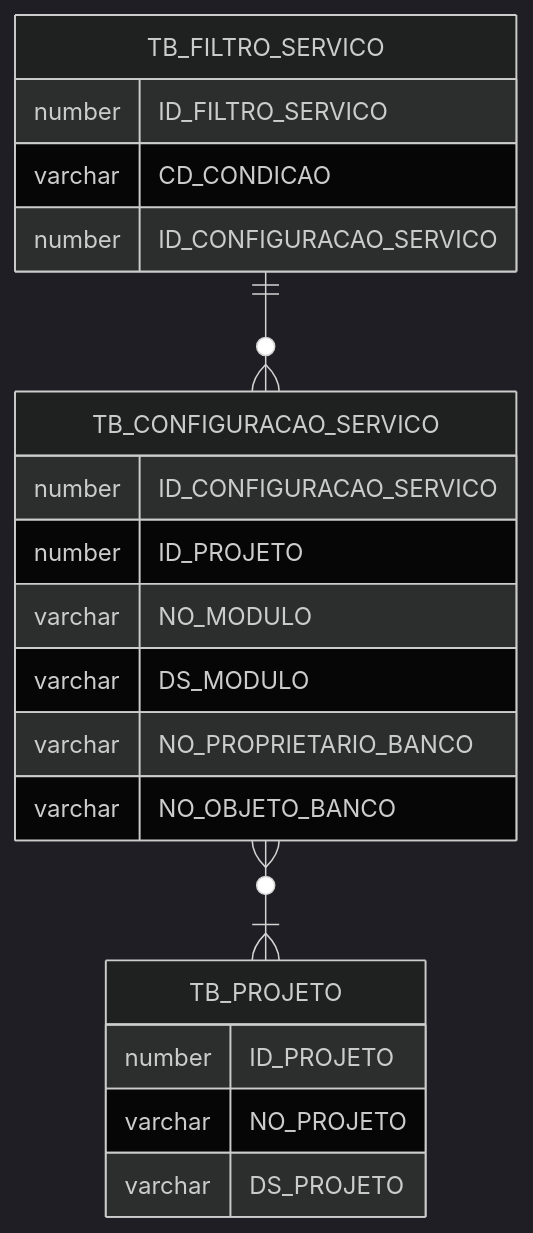
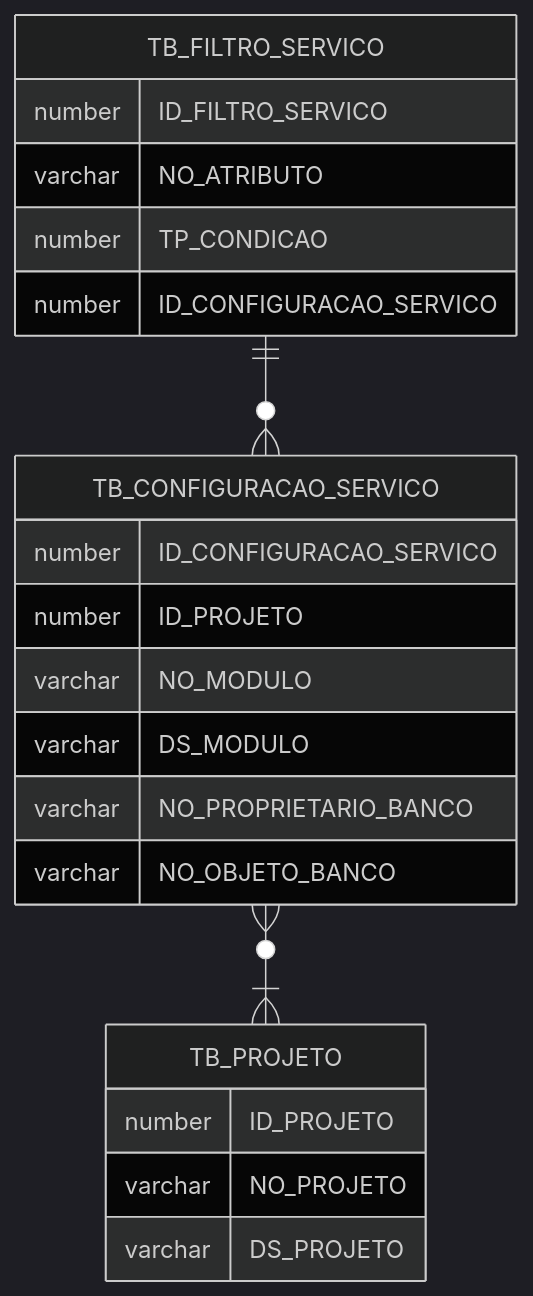
The diagram in README.md (michelmourasilva/rebeca), drawn with Mermaid (dark theme) before and after one commit.

Commit message:
ajustes nos arquivos

````diff
--- a/README.md
+++ b/README.md
@@ -35,25 +35,26 @@
 ```mermaid
     erDiagram
         TB_CONFIGURACAO_SERVICO }O--|{ TB_PROJETO : ""
         TB_CONFIGURACAO_SERVICO {
             number ID_CONFIGURACAO_SERVICO
             number ID_PROJETO
             varchar NO_MODULO
             varchar DS_MODULO
             varchar NO_PROPRIETARIO_BANCO
             varchar NO_OBJETO_BANCO
     
         }
         TB_PROJETO 
         TB_PROJETO {
             number ID_PROJETO
             varchar NO_PROJETO
             varchar DS_PROJETO
         }
         TB_FILTRO_SERVICO ||--O{ TB_CONFIGURACAO_SERVICO : ""
         TB_FILTRO_SERVICO { 
             number ID_FILTRO_SERVICO
-            varchar CD_CONDICAO
+            varchar NO_ATRIBUTO
+            number TP_CONDICAO
             number ID_CONFIGURACAO_SERVICO
         }
 ```
````
